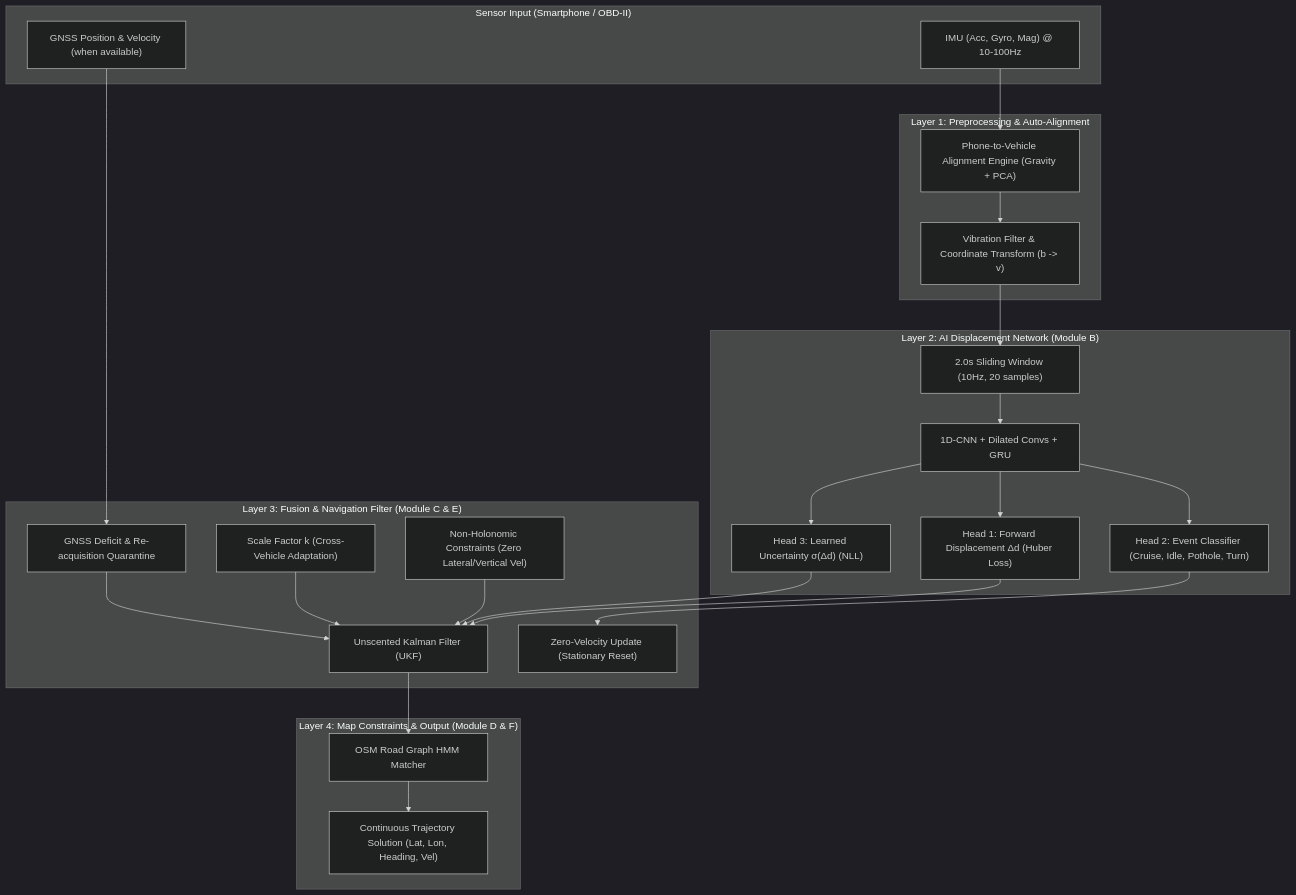
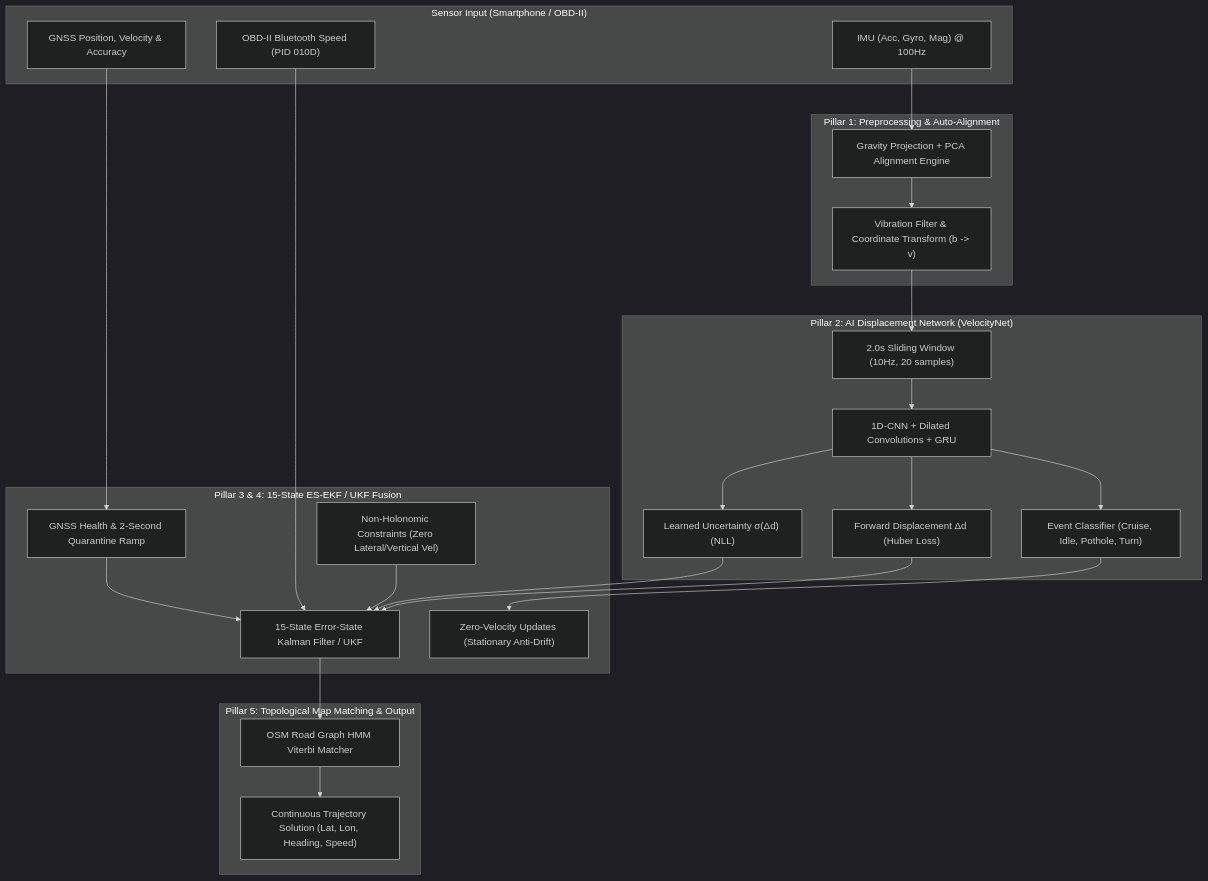
One commit to GuptaNandinii/iNAV changed the diagram in README.md. Above: the diagram before and after it, drawn with Mermaid (dark theme). The commit also changed other lines of this file and 214 other files, not shown here.

````diff
--- a/README.md
+++ b/README.md
@@ -9,47 +38,47 @@
 ```mermaid
 graph TB
     subgraph S["Sensor Input (Smartphone / OBD-II)"]
-        IMU["IMU (Acc, Gyro, Mag) @ 10-100Hz"]
-        GPS["GNSS Position & Velocity (when available)"]
+        IMU["IMU (Acc, Gyro, Mag) @ 100Hz"]
+        GPS["GNSS Position, Velocity & Accuracy"]
+        OBD["OBD-II Bluetooth Speed (PID 010D)"]
     end
 
-    subgraph L1["Layer 1: Preprocessing & Auto-Alignment"]
-        ALIGN["Phone-to-Vehicle Alignment Engine (Gravity + PCA)"]
+    subgraph L1["Pillar 1: Preprocessing & Auto-Alignment"]
+        ALIGN["Gravity Projection + PCA Alignment Engine"]
         LPF["Vibration Filter & Coordinate Transform (b -> v)"]
         IMU --> ALIGN --> LPF
     end
 
-    subgraph L2["Layer 2: AI Displacement Network (Module B)"]
+    subgraph L2["Pillar 2: AI Displacement Network (VelocityNet)"]
         WIN["2.0s Sliding Window (10Hz, 20 samples)"]
-        CNN_GRU["1D-CNN + Dilated Convs + GRU"]
-        HEAD1["Head 1: Forward Displacement Δd (Huber Loss)"]
-        HEAD2["Head 2: Event Classifier (Cruise, Idle, Pothole, Turn)"]
-        HEAD3["Head 3: Learned Uncertainty σ(Δd) (NLL)"]
+        CNN_GRU["1D-CNN + Dilated Convolutions + GRU"]
+        HEAD1["Forward Displacement Δd (Huber Loss)"]
+        HEAD2["Event Classifier (Cruise, Idle, Pothole, Turn)"]
+        HEAD3["Learned Uncertainty σ(Δd) (NLL)"]
 
         LPF --> WIN --> CNN_GRU
         CNN_GRU --> HEAD1
         CNN_GRU --> HEAD2
         CNN_GRU --> HEAD3
     end
 
-    subgraph L3["Layer 3: Fusion & Navigation Filter (Module C & E)"]
-        UKF["Unscented Kalman Filter (UKF)"]
+    subgraph L3["Pillar 3 & 4: 15-State ES-EKF / UKF Fusion"]
+        EKF["15-State Error-State Kalman Filter / UKF"]
         NHC["Non-Holonomic Constraints (Zero Lateral/Vertical Vel)"]
-        ZUPT["Zero-Velocity Update (Stationary Reset)"]
-        SCALE["Scale Factor k (Cross-Vehicle Adaptation)"]
-        GNSS_QC["GNSS Deficit & Re-acquisition Quarantine"]
+        ZUPT["Zero-Velocity Updates (Stationary Anti-Drift)"]
+        QUAR["GNSS Health & 2-Second Quarantine Ramp"]
 
-        HEAD1 --> UKF
-        HEAD3 --> UKF
+        HEAD1 --> EKF
+        HEAD3 --> EKF
         HEAD2 --> ZUPT
-        NHC --> UKF
-        SCALE --> UKF
-        GPS --> GNSS_QC --> UKF
+        NHC --> EKF
+        OBD --> EKF
+        GPS --> QUAR --> EKF
     end
 
-    subgraph L4["Layer 4: Map Constraints & Output (Module D & F)"]
-        HMM["OSM Road Graph HMM Matcher"]
-        OUT["Continuous Trajectory Solution (Lat, Lon, Heading, Vel)"]
-        UKF --> HMM --> OUT
+    subgraph L5["Pillar 5: Topological Map Matching & Output"]
+        HMM["OSM Road Graph HMM Viterbi Matcher"]
+        OUT["Continuous Trajectory Solution (Lat, Lon, Heading, Speed)"]
+        EKF --> HMM --> OUT
     end
 ```
````
